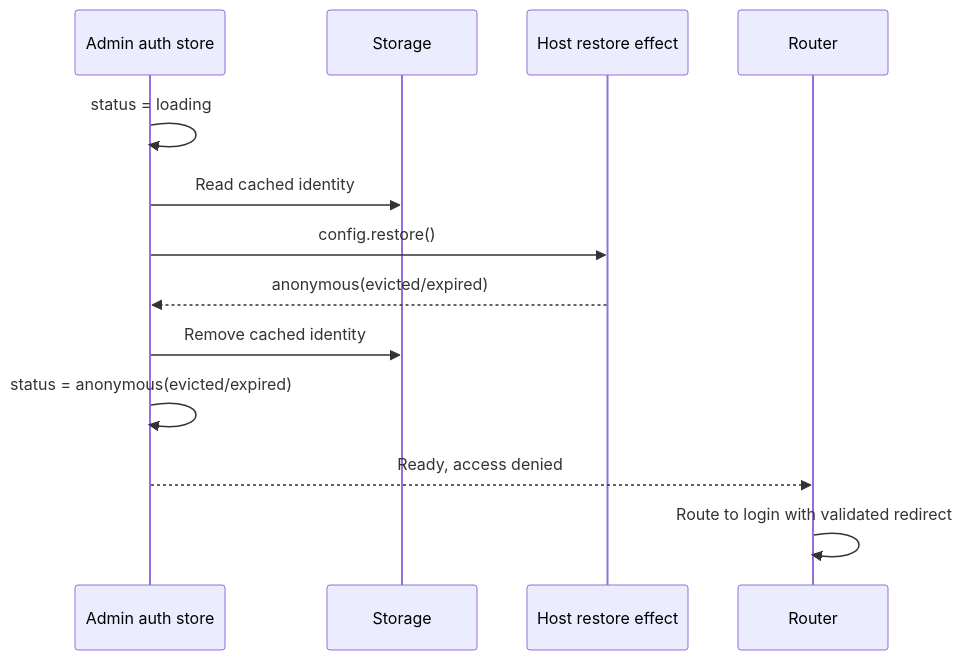
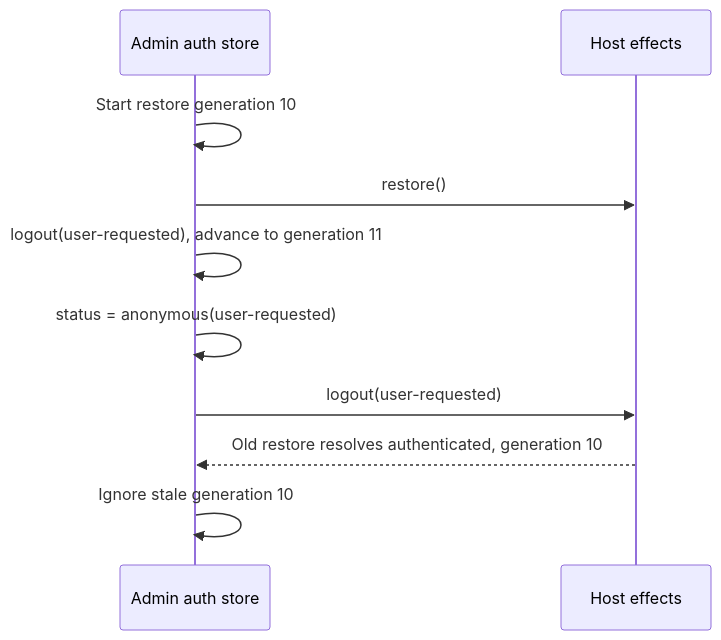
One commit to hechang27-sprt/noob-components-v2 changed diagram 16 of 19 in docs/admin-auth-restoration-data-flows.md. Above: the diagram before and after it, drawn with Mermaid. The commit also changed other lines of this file and 15 other files, not shown here.

````diff
--- a/docs/admin-auth-restoration-data-flows.md
+++ b/docs/admin-auth-restoration-data-flows.md
@@ -461,16 +411,13 @@
 ```mermaid
 sequenceDiagram
     participant Auth as Admin auth store
-    participant Storage
-    participant Host as Host restore effect
-    participant Router
+    participant Host as Host effects
 
-    Auth->>Auth: status = loading
-    Auth->>Storage: Read cached identity
-    Auth->>Host: config.restore()
-    Host-->>Auth: anonymous(evicted/expired)
-    Auth->>Storage: Remove cached identity
-    Auth->>Auth: status = anonymous(evicted/expired)
-    Auth-->>Router: Ready, access denied
-    Router->>Router: Route to login with validated redirect
+    Auth->>Auth: Start restore generation 10
+    Auth->>Host: restore()
+    Auth->>Auth: logout(user-requested), advance to generation 11
+    Auth->>Auth: status = anonymous(user-requested)
+    Auth->>Host: logout(user-requested)
+    Host-->>Auth: Old restore resolves authenticated, generation 10
+    Auth->>Auth: Ignore stale generation 10
 ```
````
